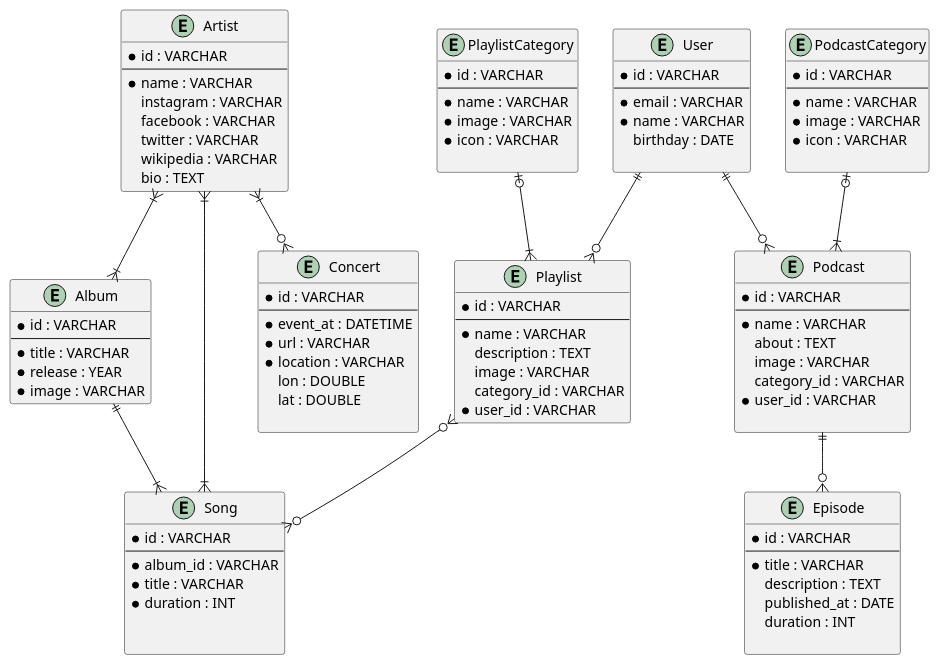
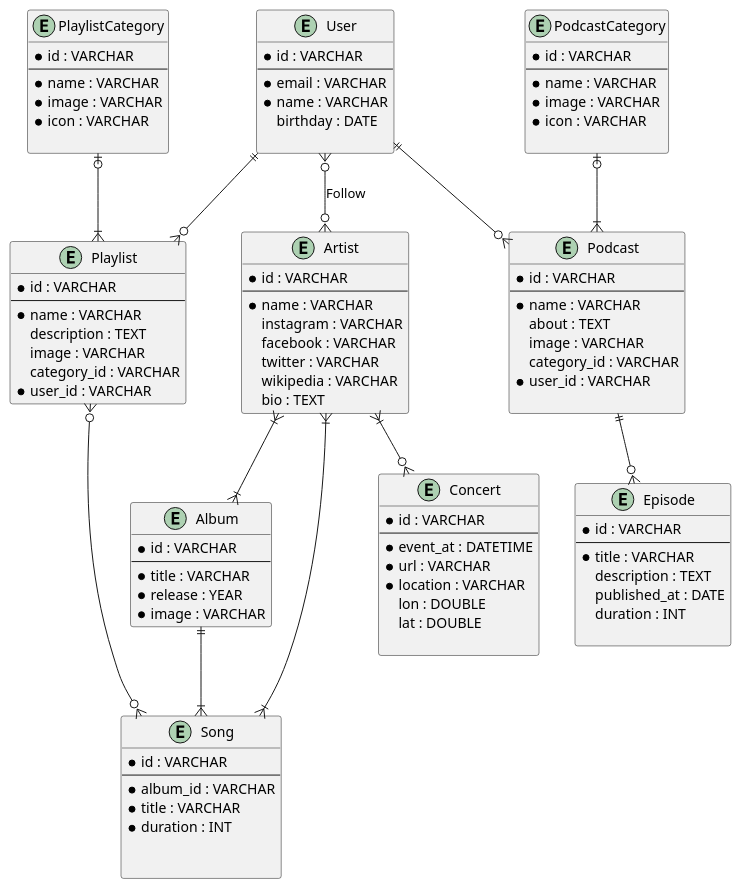
The diagram in spotify.puml (hanifiamdev/plantUML), drawn with PlantUML before and after one commit.

Commit message:
Menentukan Relasi Follow Artist

```diff
--- a/spotify.puml
+++ b/spotify.puml
@@ -1,111 +1,112 @@
 @startuml
 entity Artist {
     * id : VARCHAR
     --
     * name : VARCHAR
     instagram : VARCHAR
     facebook : VARCHAR
     twitter : VARCHAR
     wikipedia : VARCHAR
     bio : TEXT
 }
 
 entity Album {
     * id : VARCHAR
     --
     * title : VARCHAR
     * release : YEAR
     * image : VARCHAR
 }
 
 entity Song {
     * id : VARCHAR
     --
     * album_id : VARCHAR
     * title : VARCHAR
     * duration : INT
 
 
 }
 
 entity PlaylistCategory {
     * id : VARCHAR
     --
     * name : VARCHAR
     * image : VARCHAR
     * icon : VARCHAR
 
 }
 
 
 entity Playlist {
     * id : VARCHAR
     --
     * name : VARCHAR
     description : TEXT
     image : VARCHAR
     category_id : VARCHAR
     * user_id : VARCHAR
 }
 
 entity PodcastCategory {
     * id : VARCHAR
     --
     * name : VARCHAR
     * image : VARCHAR
     * icon : VARCHAR
 
 }
 
 entity Podcast {
     * id : VARCHAR
     --
     * name : VARCHAR
     about : TEXT
     image : VARCHAR
     category_id : VARCHAR
     * user_id : VARCHAR
 
 }
 
 entity Episode {
     * id : VARCHAR
     --
     * title : VARCHAR
     description : TEXT
     published_at : DATE
     duration : INT
 
 }
 
 entity User {
     * id : VARCHAR
     --
     * email : VARCHAR
     * name : VARCHAR
     birthday : DATE
 
 }
 
 entity Concert {
    * id : VARCHAR
    --
    * event_at : DATETIME
    * url : VARCHAR
    * location : VARCHAR
    lon : DOUBLE
    lat : DOUBLE
 
 }
 Artist }|--|{ Album
 Album ||--|{ Song
 Artist }|--|{ Song
 PlaylistCategory |o--|{ Playlist
 User ||--o{ Playlist
 Playlist }o--o{ Song
 PodcastCategory |o--|{ Podcast
 User ||--o{ Podcast
 Podcast ||--o{ Episode
 Artist }|--o{ Concert
+User }o--o{ Artist : Follow
 
 @enduml
```
